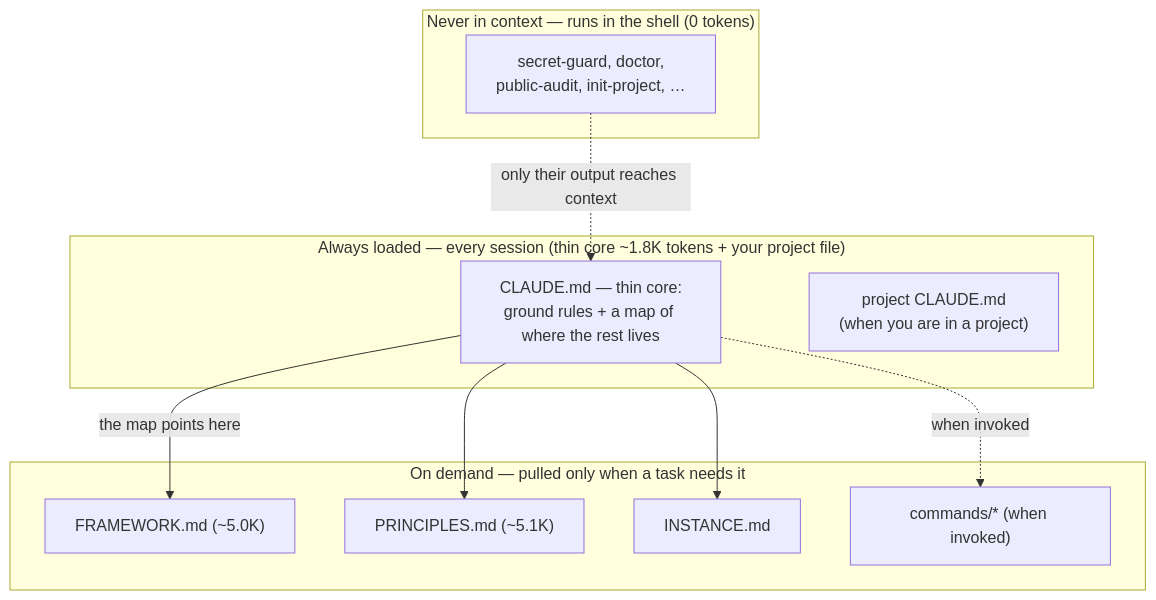
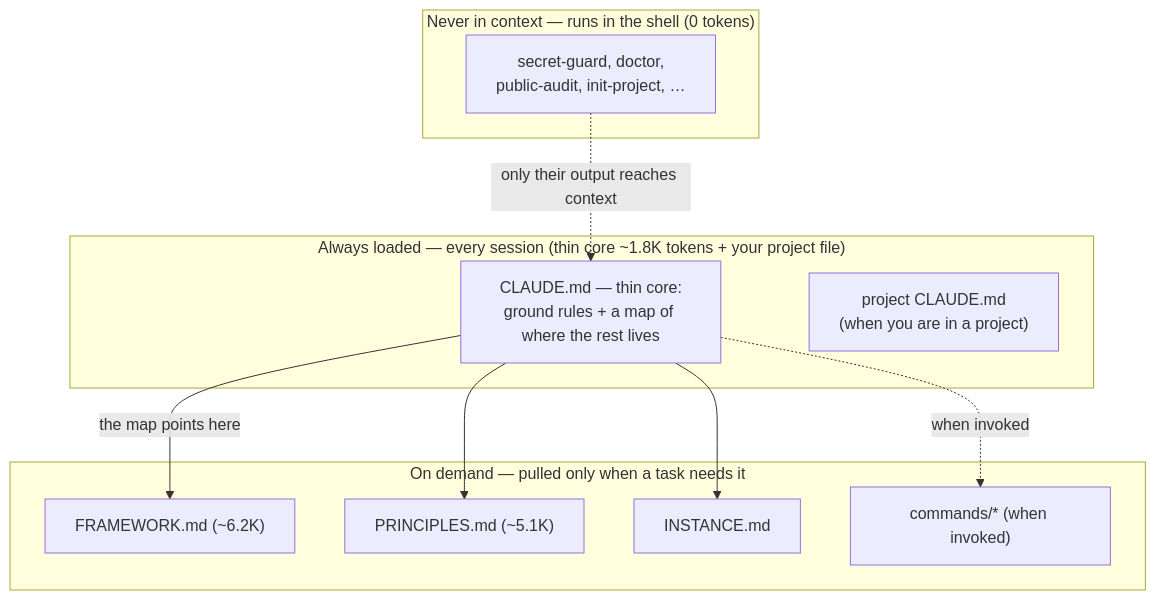
Before and after one commit to rockerlabs/keel: the diagram in README.md, drawn with Mermaid. The commit also changed 3 other files, not shown here.

````diff
--- a/README.md
+++ b/README.md
@@ -98,21 +98,21 @@
 ```mermaid
 flowchart TD
     subgraph always["Always loaded — every session (thin core ~1.8K tokens + your project file)"]
         core["CLAUDE.md — thin core:<br/>ground rules + a map of where the rest lives"]
         proj["project CLAUDE.md<br/>(when you are in a project)"]
     end
     subgraph demand["On demand — pulled only when a task needs it"]
-        fw["FRAMEWORK.md (~5.0K)"]
+        fw["FRAMEWORK.md (~6.2K)"]
         prin["PRINCIPLES.md (~5.1K)"]
         inst["INSTANCE.md"]
         cmd["commands/* (when invoked)"]
     end
     subgraph never["Never in context — runs in the shell (0 tokens)"]
         tools["secret-guard, doctor,<br/>public-audit, init-project, …"]
     end
     core -->|the map points here| fw
     core --> prin
     core --> inst
     core -.->|when invoked| cmd
     tools -.->|only their output reaches context| core
 ```
````
